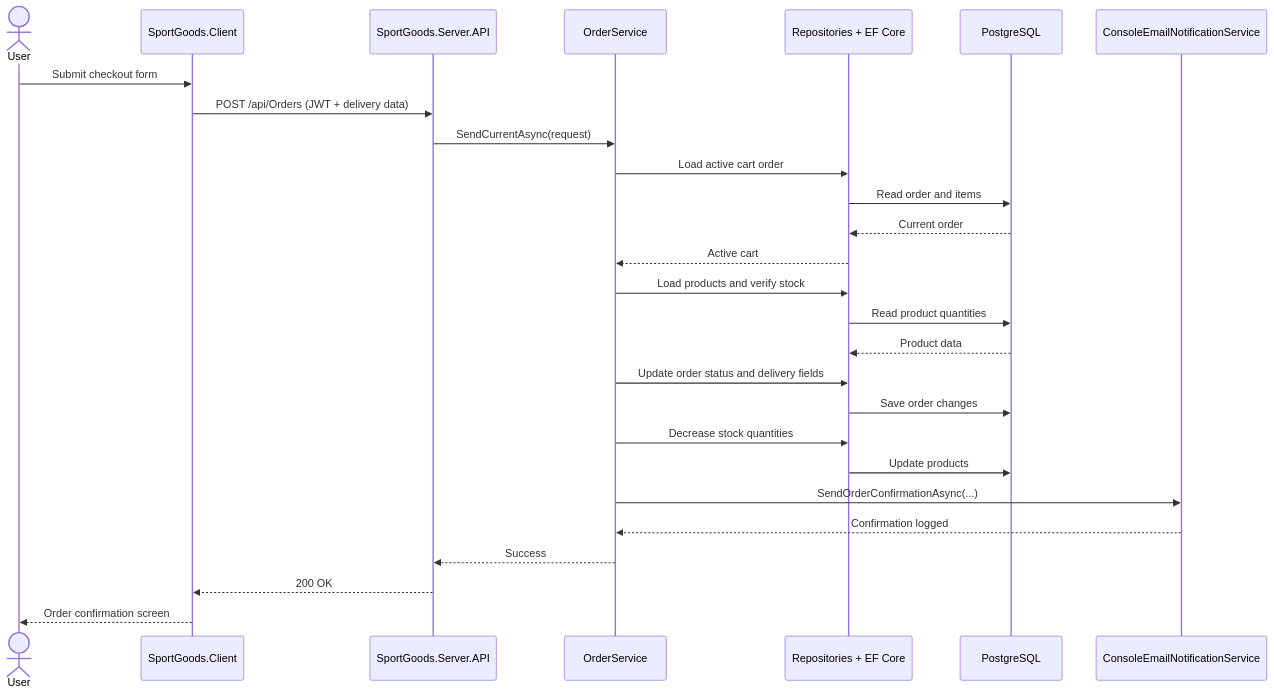
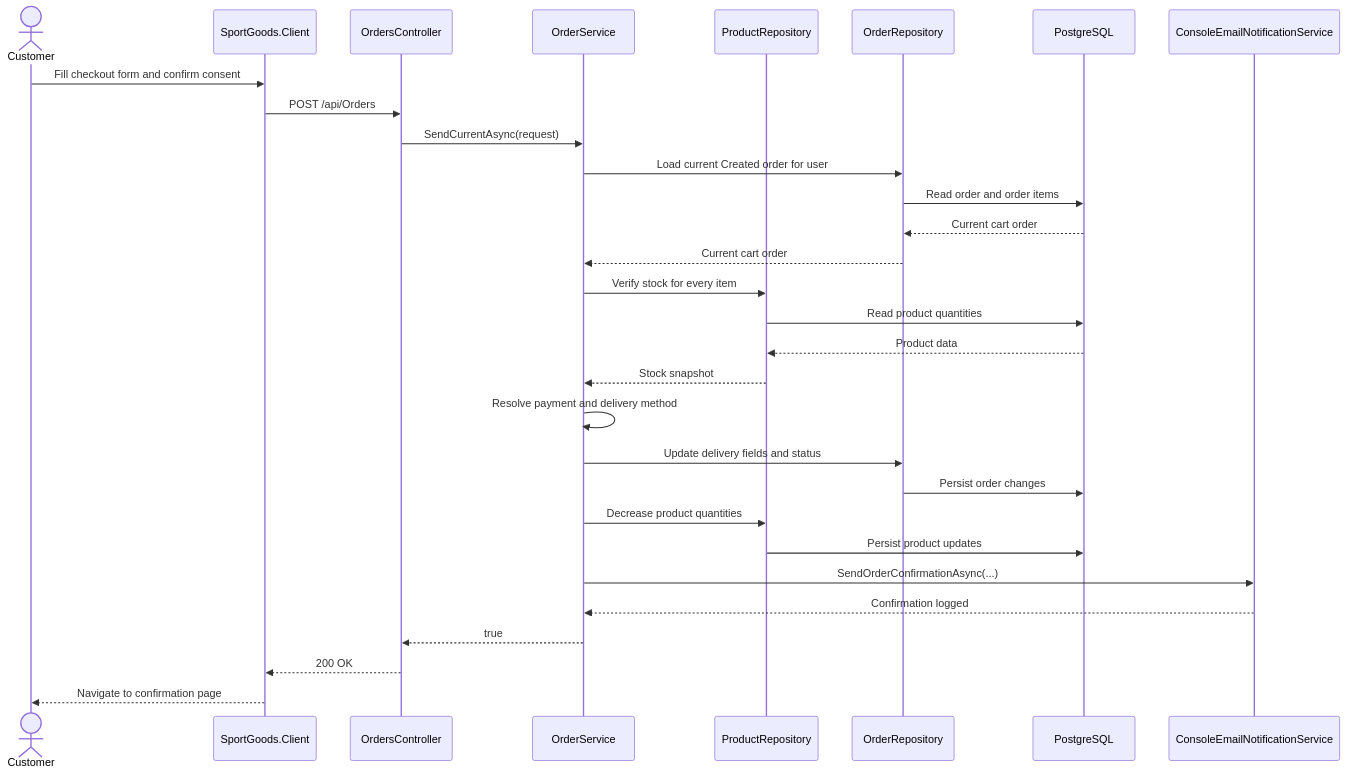
The third of 5 diagrams in docs/ProjectDocumentation.en.md (IvanovvAlex/SportGoods.Client), drawn with Mermaid before and after one commit. The commit also changed other lines of this file and 3 other files, not shown here.

````diff
--- a/docs/ProjectDocumentation.en.md
+++ b/docs/ProjectDocumentation.en.md
@@ -145,30 +174,33 @@
 ```mermaid
 sequenceDiagram
-    actor User
+    actor Customer
     participant Client as SportGoods.Client
-    participant API as SportGoods.Server.API
+    participant API as OrdersController
     participant Service as OrderService
-    participant Repo as Repositories + EF Core
+    participant ProductRepo as ProductRepository
+    participant OrderRepo as OrderRepository
     participant DB as PostgreSQL
     participant Notify as ConsoleEmailNotificationService
 
-    User->>Client: Submit checkout form
-    Client->>API: POST /api/Orders (JWT + delivery data)
+    Customer->>Client: Fill checkout form and confirm consent
+    Client->>API: POST /api/Orders
     API->>Service: SendCurrentAsync(request)
-    Service->>Repo: Load active cart order
-    Repo->>DB: Read order and items
-    DB-->>Repo: Current order
-    Repo-->>Service: Active cart
-    Service->>Repo: Load products and verify stock
-    Repo->>DB: Read product quantities
-    DB-->>Repo: Product data
-    Service->>Repo: Update order status and delivery fields
-    Repo->>DB: Save order changes
-    Service->>Repo: Decrease stock quantities
-    Repo->>DB: Update products
+    Service->>OrderRepo: Load current Created order for user
+    OrderRepo->>DB: Read order and order items
+    DB-->>OrderRepo: Current cart order
+    OrderRepo-->>Service: Current cart order
+    Service->>ProductRepo: Verify stock for every item
+    ProductRepo->>DB: Read product quantities
+    DB-->>ProductRepo: Product data
+    ProductRepo-->>Service: Stock snapshot
+    Service->>Service: Resolve payment and delivery method
+    Service->>OrderRepo: Update delivery fields and status
+    OrderRepo->>DB: Persist order changes
+    Service->>ProductRepo: Decrease product quantities
+    ProductRepo->>DB: Persist product updates
     Service->>Notify: SendOrderConfirmationAsync(...)
     Notify-->>Service: Confirmation logged
-    Service-->>API: Success
+    Service-->>API: true
     API-->>Client: 200 OK
-    Client-->>User: Order confirmation screen
+    Client-->>Customer: Navigate to confirmation page
 ```
````
